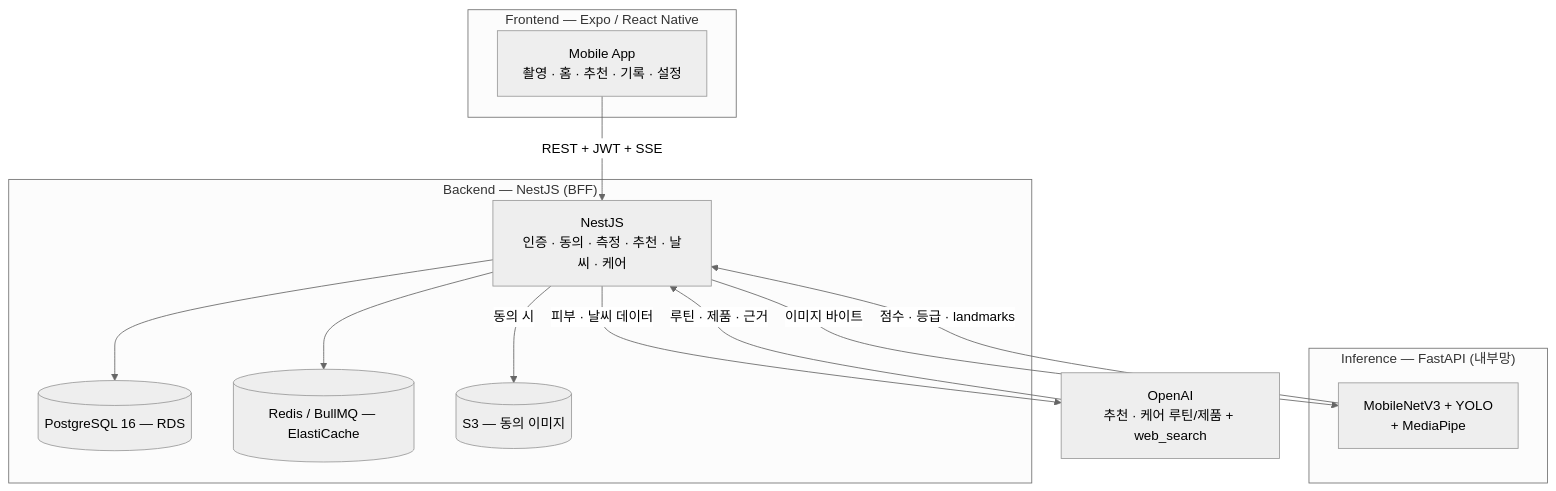
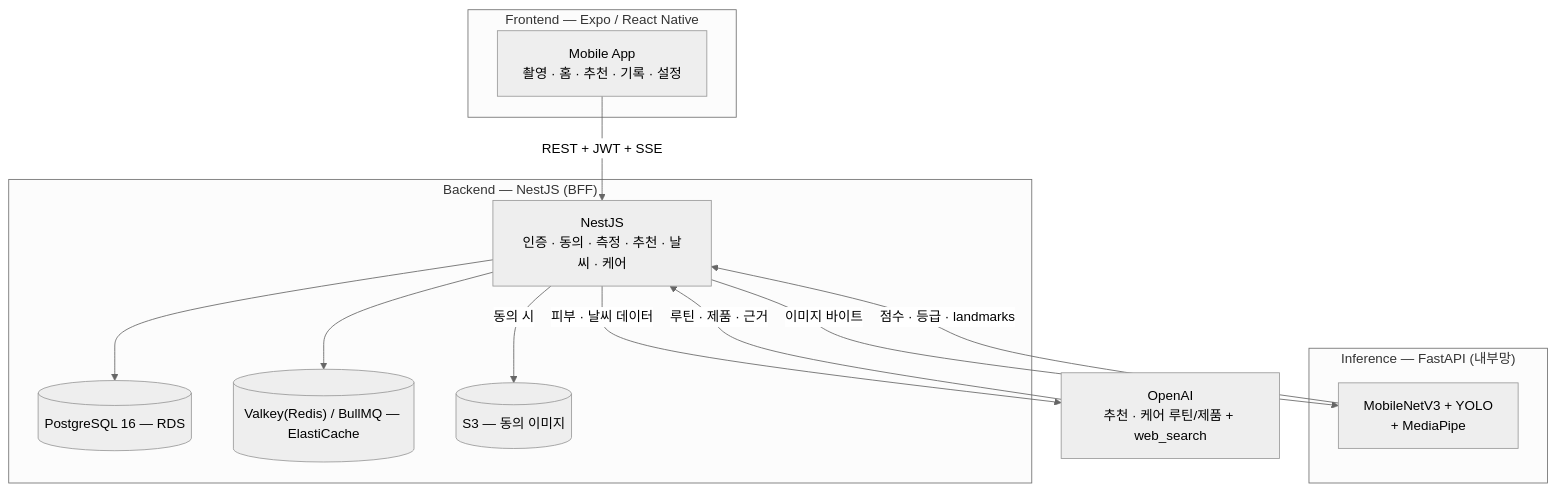
The diagram in README.md (jae-ho93/Todayskin), drawn with Mermaid (neutral theme) before and after one commit. The commit also changed other lines of this file and 1 other file, not shown here.

First line of the commit message:
docs: 운영 캐시 Valkey(ElastiCache) 명시 — Redis 옆에 추가

````diff
--- a/README.md
+++ b/README.md
@@ -133,24 +134,24 @@
 ```mermaid
 flowchart TB
   subgraph Client["Frontend — Expo / React Native"]
     APP["Mobile App<br/>촬영 · 홈 · 추천 · 기록 · 설정"]
   end
   subgraph Server["Backend — NestJS (BFF)"]
     API["NestJS<br/>인증 · 동의 · 측정 · 추천 · 날씨 · 케어"]
     PG[("PostgreSQL 16 — RDS")]
-    REDIS[("Redis / BullMQ — ElastiCache")]
+    REDIS[("Valkey(Redis) / BullMQ — ElastiCache")]
     S3[("S3 — 동의 이미지")]
   end
   subgraph AI["Inference — FastAPI (내부망)"]
     INF["MobileNetV3 + YOLO<br/>+ MediaPipe"]
   end
   OPENAI["OpenAI<br/>추천 · 케어 루틴/제품 + web_search"]
   APP -->|REST + JWT + SSE| API
   API --> PG
   API --> REDIS
   API -->|동의 시| S3
   API -->|이미지 바이트| INF
   INF -->|점수 · 등급 · landmarks| API
   API -->|피부 · 날씨 데이터| OPENAI
   OPENAI -->|루틴 · 제품 · 근거| API
 ```
````
